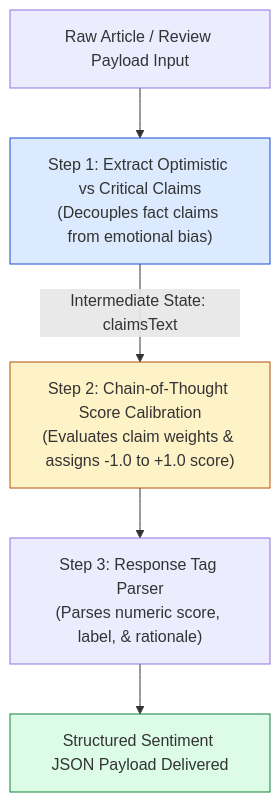
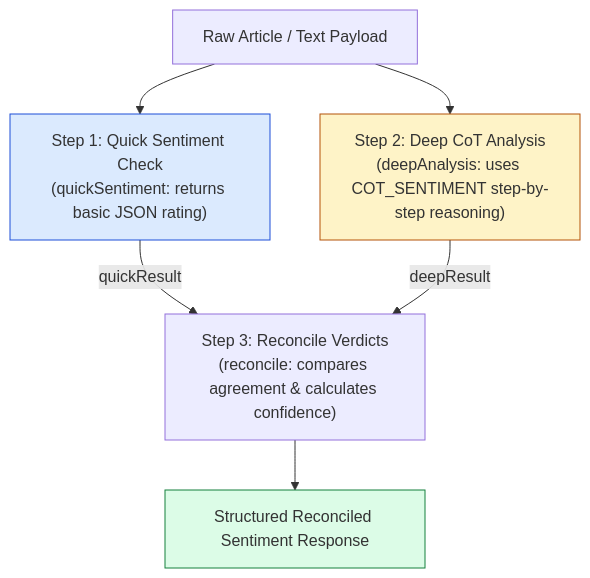
Before and after one commit to Amie-dev/engineering-playbook: the diagram in agentic-ai-notes/01-chai-summarizer/05-sentiment-chain.md, drawn with Mermaid. The commit also changed other lines of this file and 27 other files, not shown here.

````diff
--- a/agentic-ai-notes/01-chai-summarizer/05-sentiment-chain.md
+++ b/agentic-ai-notes/01-chai-summarizer/05-sentiment-chain.md
@@ -13,14 +9,15 @@
 ```mermaid
 flowchart TD
-    RawArticle[Raw Article / Review Payload Input] --> Step1["Step 1: Extract Optimistic vs Critical Claims<br/>(Decouples fact claims from emotional bias)"]
+    RawInput[Raw Article / Text Payload] --> Step1["Step 1: Quick Sentiment Check<br/>(quickSentiment: returns basic JSON rating)"]
 
-    Step1 -->|Intermediate State: claimsText| Step2["Step 2: Chain-of-Thought Score Calibration<br/>(Evaluates claim weights & assigns -1.0 to +1.0 score)"]
+    RawInput --> Step2["Step 2: Deep CoT Analysis<br/>(deepAnalysis: uses COT_SENTIMENT step-by-step reasoning)"]
 
-    Step2 --> ResponseParser["Step 3: Response Tag Parser<br/>(Parses numeric score, label, & rationale)"]
+    Step1 -->|quickResult| Step3["Step 3: Reconcile Verdicts<br/>(reconcile: compares agreement & calculates confidence)"]
+    Step2 -->|deepResult| Step3
 
-    ResponseParser --> DeliveredPayload[Structured Sentiment JSON Payload Delivered]
+    Step3 --> FinalResult[Structured Reconciled Sentiment Response]
 
     style Step1 fill:#dbeafe,stroke:#1d4ed8
     style Step2 fill:#fef3c7,stroke:#b45309
-    style DeliveredPayload fill:#dcfce7,stroke:#15803d
+    style FinalResult fill:#dcfce7,stroke:#15803d
 ```
````
